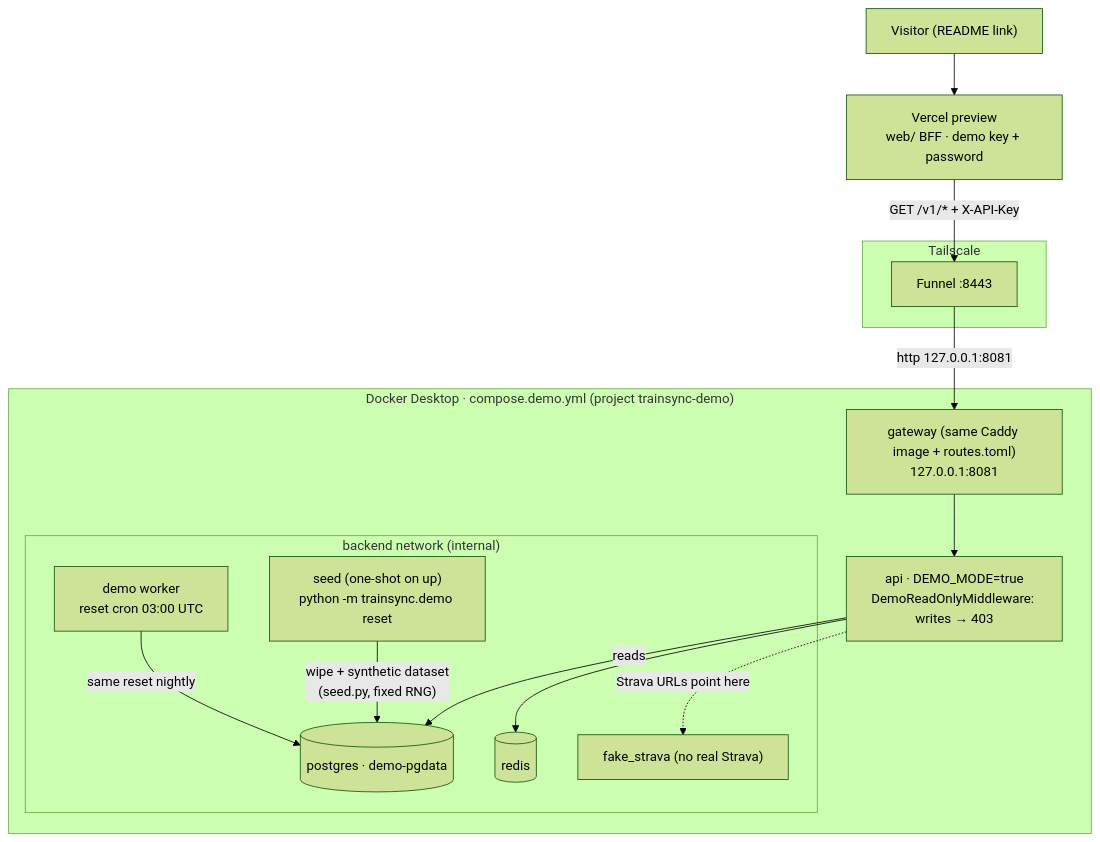
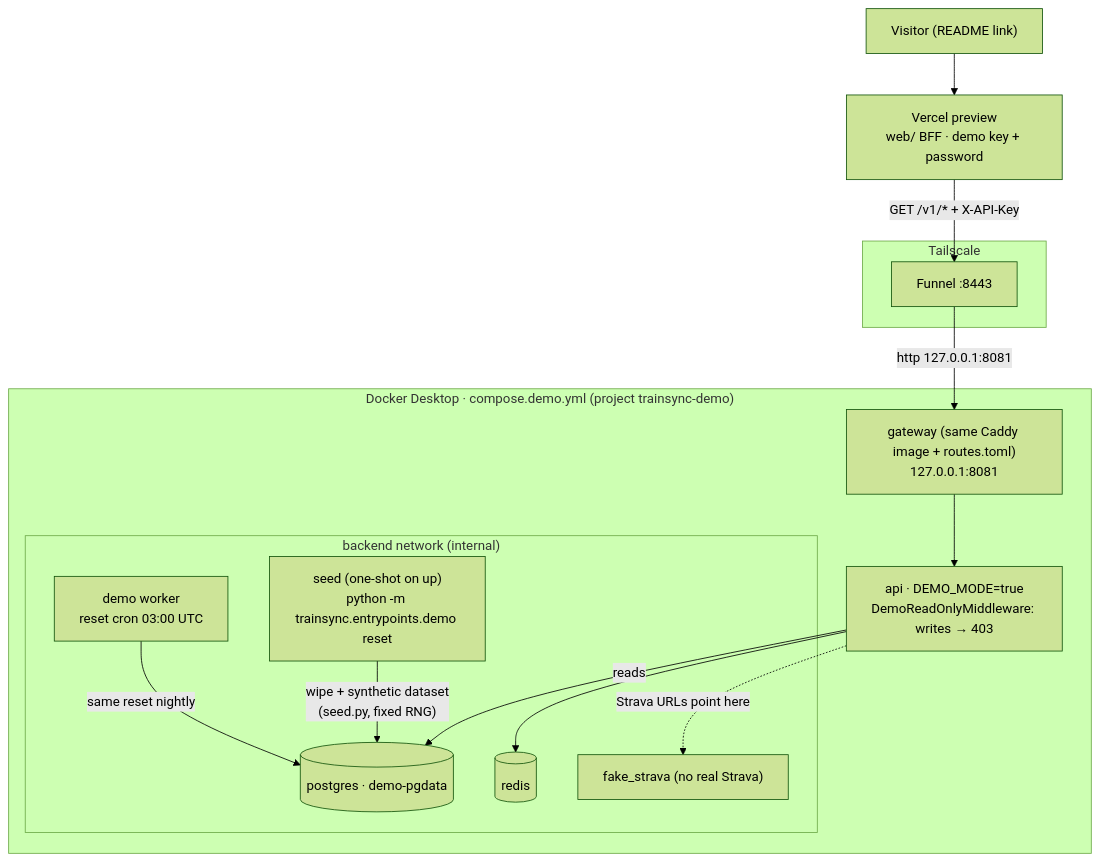
Before and after one commit to umutaydins/trainsync: diagram 27 of 30 in docs/diagrams.md, drawn with Mermaid (forest theme). The commit also changed other lines of this file and 369 other files, not shown here.

````diff
--- a/docs/diagrams.md
+++ b/docs/diagrams.md
@@ -1369,31 +1369,31 @@
 ```mermaid
 flowchart TB
     visitor["Visitor (README link)"]
     preview["Vercel preview<br/>web/ BFF · demo key + password"]
 
     subgraph ts["Tailscale"]
         funnel["Funnel :8443"]
     end
 
     subgraph dd["Docker Desktop · compose.demo.yml (project trainsync-demo)"]
         gw["gateway (same Caddy image + routes.toml)<br/>127.0.0.1:8081"]
         api["api · DEMO_MODE=true<br/>DemoReadOnlyMiddleware: writes → 403"]
         subgraph backend["backend network (internal)"]
             pg[("postgres · demo-pgdata")]
             rd[("redis")]
             fs["fake_strava (no real Strava)"]
             worker["demo worker<br/>reset cron 03:00 UTC"]
-            seed["seed (one-shot on up)<br/>python -m trainsync.demo reset"]
+            seed["seed (one-shot on up)<br/>python -m trainsync.entrypoints.demo reset"]
         end
     end
 
     visitor --> preview
     preview -- "GET /v1/* + X-API-Key" --> funnel
     funnel -- "http 127.0.0.1:8081" --> gw
     gw --> api
     api -- "reads" --> pg
     api --> rd
     seed -- "wipe + synthetic dataset<br/>(seed.py, fixed RNG)" --> pg
     worker -- "same reset nightly" --> pg
     api -. "Strava URLs point here" .-> fs
 ```
````
